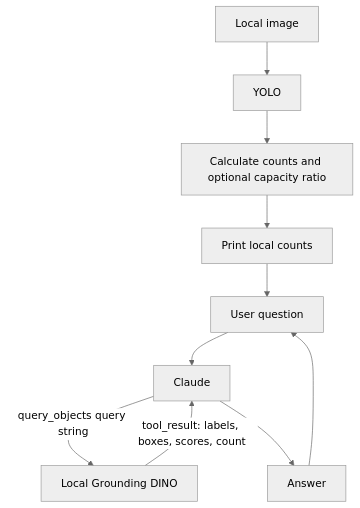
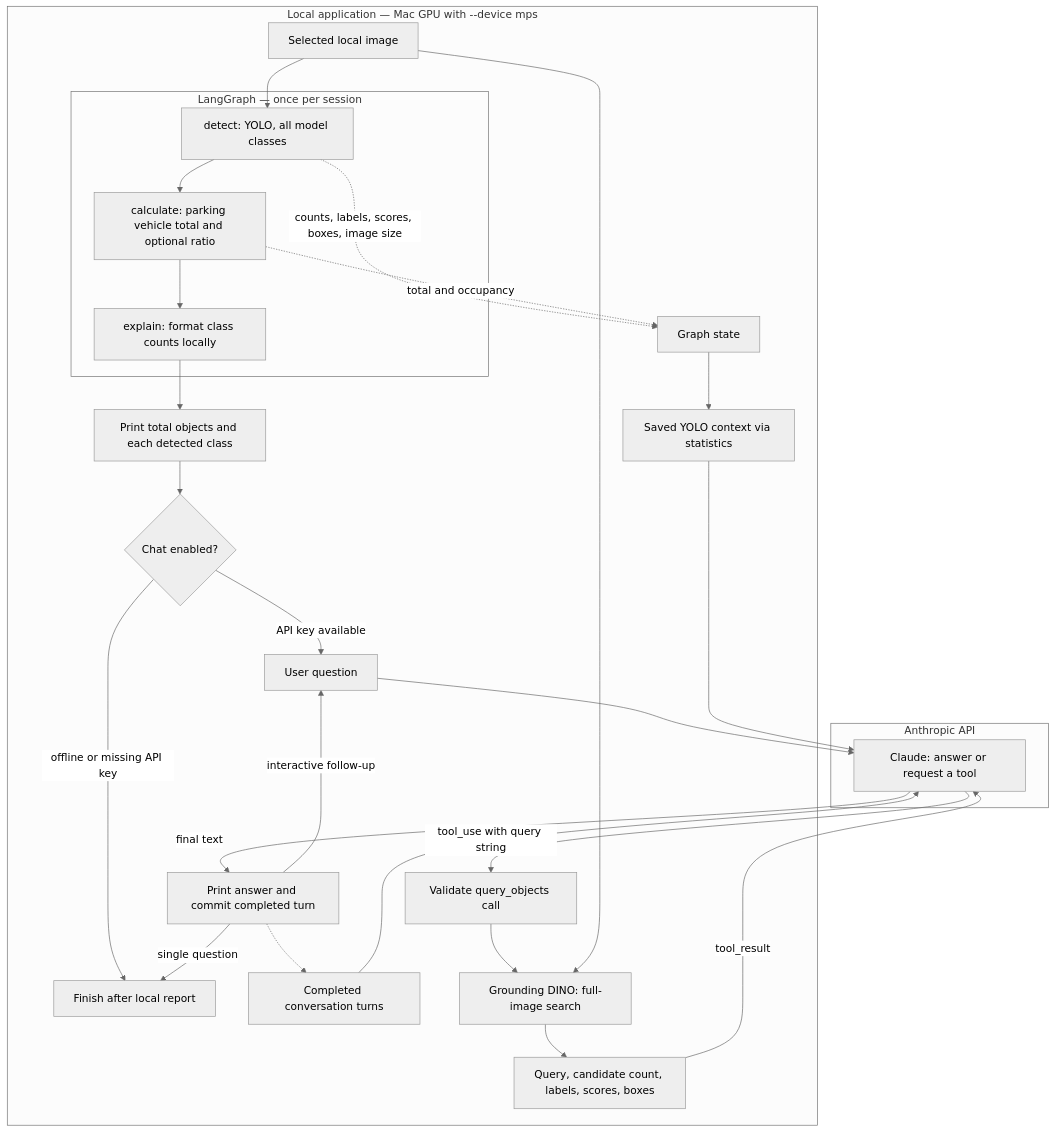
Before and after one commit to usercoffee123/langgraph_classification: the first of 2 diagrams in ARCHITECTURE.md, drawn with Mermaid (neutral theme). The commit also changed other lines of this file and 7 other files, not shown here.

````diff
--- a/ARCHITECTURE.md
+++ b/ARCHITECTURE.md
@@ -6,12 +11,37 @@
 ```mermaid
 flowchart TD
-    Image[Local image] --> YOLO
-    YOLO --> Calculate[Calculate counts and optional capacity ratio]
-    Calculate --> Report[Print local counts]
-    Report --> Question[User question]
+    subgraph Local["Local application — Mac GPU with --device mps"]
+        Image["Selected local image"]
+        subgraph Graph["LangGraph — once per session"]
+            Detect["detect: YOLO, all model classes"]
+            Calculate["calculate: parking vehicle total and optional ratio"]
+            Explain["explain: format class counts locally"]
+            Detect --> Calculate --> Explain
+        end
+        Image --> Detect
+        Detect -.->|counts, labels, scores, boxes, image size| State["Graph state"]
+        Calculate -.->|total and occupancy| State
+        Explain --> Print["Print total objects and each detected class"]
+        Print --> Mode{"Chat enabled?"}
+        Mode -->|offline or missing API key| Done["Finish after local report"]
+        Mode -->|API key available| Question["User question"]
+        State --> Evidence["Saved YOLO context via statistics"]
+        History["Completed conversation turns"]
+        Tool["Validate query_objects call"] --> Dino["Grounding DINO: full-image search"]
+        Image --> Dino
+        Dino --> Result["Query, candidate count, labels, scores, boxes"]
+        Answer["Print answer and commit completed turn"]
+        Answer -.-> History
+        Answer -->|interactive follow-up| Question
+        Answer -->|single question| Done
+    end
+    subgraph Remote["Anthropic API"]
+        Claude["Claude: answer or request a tool"]
+    end
     Question --> Claude
-    Claude -->|query_objects query string| DINO[Local Grounding DINO]
-    DINO -->|tool_result: labels, boxes, scores, count| Claude
-    Claude --> Answer
-    Answer --> Question
+    Evidence --> Claude
+    History --> Claude
+    Claude -->|tool_use with query string| Tool
+    Result -->|tool_result| Claude
+    Claude -->|final text| Answer
 ```
````
